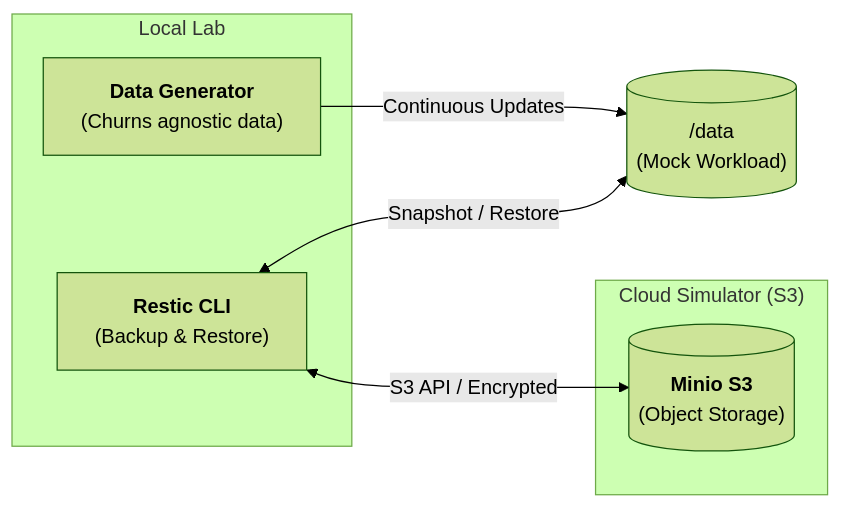
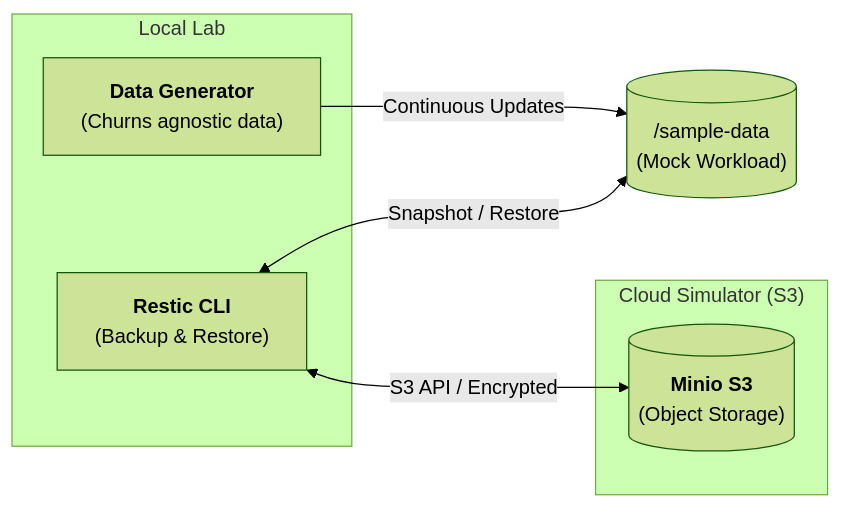
The diagram in README.md (rahuldhole/restic-playground), drawn with Mermaid (forest theme) before and after one commit. The commit also changed 12 other files, not shown here.

Commit message:
refactor: rename data directory to sample-data and update associated configurations and paths

````diff
--- a/README.md
+++ b/README.md
@@ -9,15 +9,15 @@
 ```mermaid
 graph LR
     subgraph "Local Lab"
         DG["<b>Data Generator</b><br/>(Churns agnostic data)"]
         RT["<b>Restic CLI</b><br/>(Backup & Restore)"]
     end
 
     subgraph "Cloud Simulator (S3)"
         MN[("<b>Minio S3</b><br/>(Object Storage)")]
     end
 
-    DG -->|Continuous Updates| DATA[("/data<br/>(Mock Workload)")]
+    DG -->|Continuous Updates| DATA[("/sample-data<br/>(Mock Workload)")]
     RT <-->|Snapshot / Restore| DATA
     RT <-->|S3 API / Encrypted| MN
 ```
````
